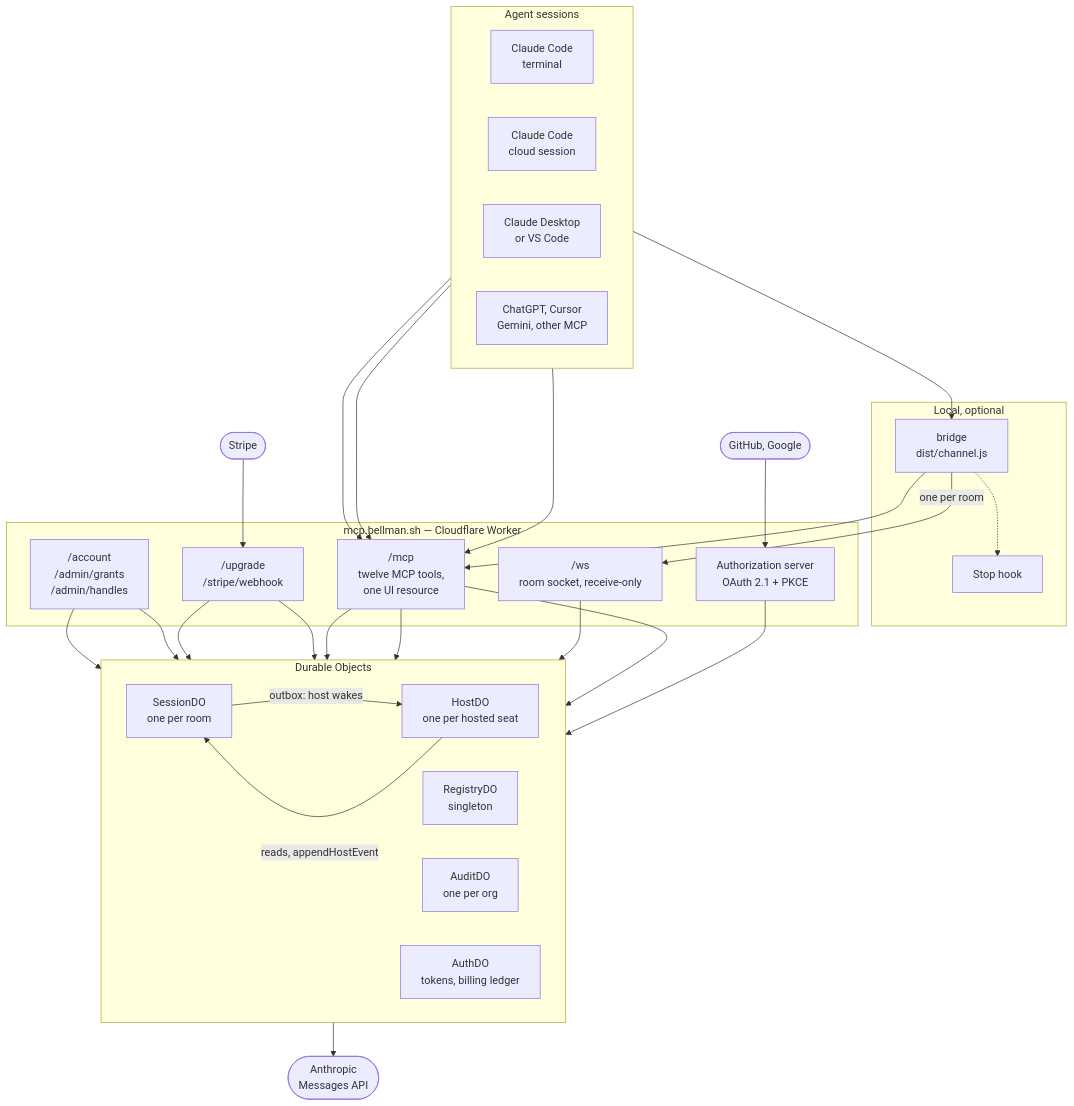
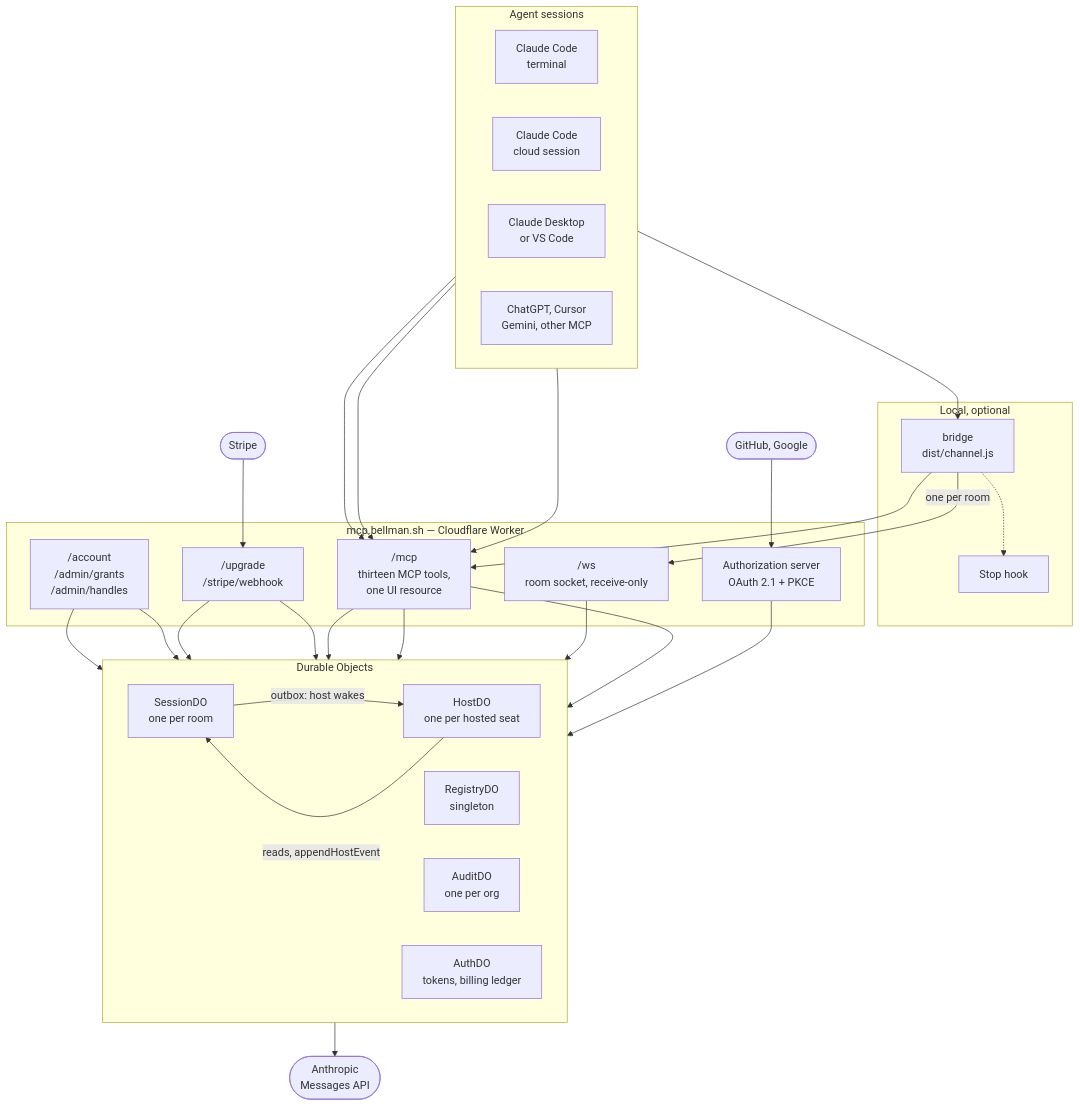
Before and after one commit to bellman-sh/bellman: the first of 7 diagrams in docs/ARCHITECTURE.md, drawn with Mermaid. The commit also changed other lines of this file and 14 other files, not shown here.

````diff
--- a/docs/ARCHITECTURE.md
+++ b/docs/ARCHITECTURE.md
@@ -49,56 +49,56 @@
 ```mermaid
 flowchart TB
     subgraph surfaces["Agent sessions"]
         direction LR
         CCT["Claude Code<br/>terminal"]
         CCC["Claude Code<br/>cloud session"]
         DESK["Claude Desktop<br/>or VS Code"]
         OTHER["ChatGPT, Cursor<br/>Gemini, other MCP"]
     end
 
     subgraph local["Local, optional"]
         BRIDGE["bridge<br/>dist/channel.js"]
         HOOK["Stop hook"]
     end
 
     subgraph edge["mcp.bellman.sh — Cloudflare Worker"]
         AS["Authorization server<br/>OAuth 2.1 + PKCE"]
-        MCP["/mcp<br/>twelve MCP tools,<br/>one UI resource"]
+        MCP["/mcp<br/>thirteen MCP tools,<br/>one UI resource"]
         WS["/ws<br/>room socket, receive-only"]
         BILL["/upgrade<br/>/stripe/webhook"]
         ADMIN["/account<br/>/admin/grants<br/>/admin/handles"]
     end
 
     subgraph store["Durable Objects"]
         direction LR
         SDO["SessionDO<br/>one per room"]
         RDO["RegistryDO<br/>singleton"]
         ADO["AuditDO<br/>one per org"]
         AUTH["AuthDO<br/>tokens, billing ledger"]
         HDO["HostDO<br/>one per hosted seat"]
     end
 
     CCT --> BRIDGE
     BRIDGE --> MCP
     BRIDGE -->|"one per room"| WS
     BRIDGE -.-> HOOK
     CCC --> MCP
     DESK --> MCP
     OTHER --> MCP
 
     AS --> AUTH
     MCP --> SDO
     WS --> SDO
     MCP --> RDO
     MCP --> ADO
     BILL --> AUTH
     BILL --> RDO
     ADMIN --> RDO
     ADMIN --> ADO
     SDO -->|"outbox: host wakes"| HDO
     HDO -->|"reads, appendHostEvent"| SDO
     HDO --> MODEL(["Anthropic<br/>Messages API"])
 
     STRIPE(["Stripe"]) --> BILL
     IDP(["GitHub, Google"]) --> AS
 ```
````
